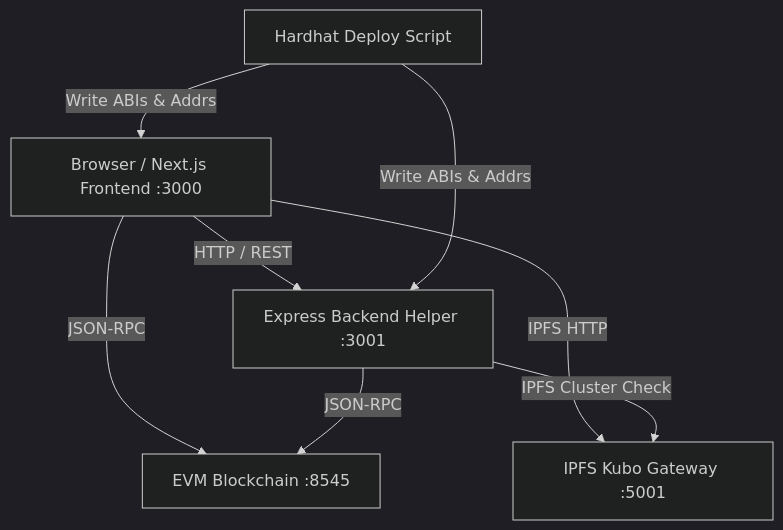
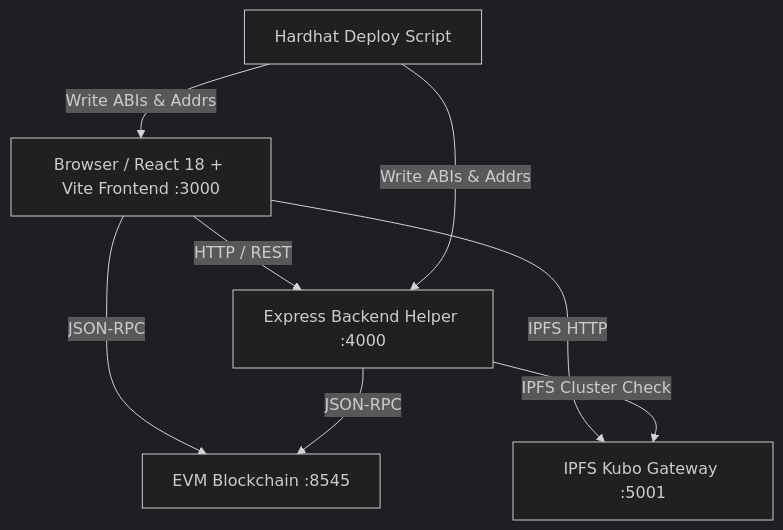
The diagram in docs/ARCHITECTURE.md (Hariprasath2611/SIH26125-LuminaryForge), drawn with Mermaid (dark theme) before and after one commit. The commit also changed other lines of this file and 1 other file, not shown here.

````diff
--- a/docs/ARCHITECTURE.md
+++ b/docs/ARCHITECTURE.md
@@ -22,10 +22,10 @@
 ```mermaid
 graph TD
-    Browser[Browser / Next.js Frontend :3000] -->|HTTP / REST| API[Express Backend Helper :3001]
+    Browser[Browser / React 18 + Vite Frontend :3000] -->|HTTP / REST| API[Express Backend Helper :4000]
     Browser -->|JSON-RPC| Node[EVM Blockchain :8545]
     API -->|JSON-RPC| Node
     Browser -->|IPFS HTTP| Kubo[IPFS Kubo Gateway :5001]
     API -->|IPFS Cluster Check| Kubo
     Hardhat[Hardhat Deploy Script] -->|Write ABIs & Addrs| Browser
     Hardhat -->|Write ABIs & Addrs| API
 ```
````
